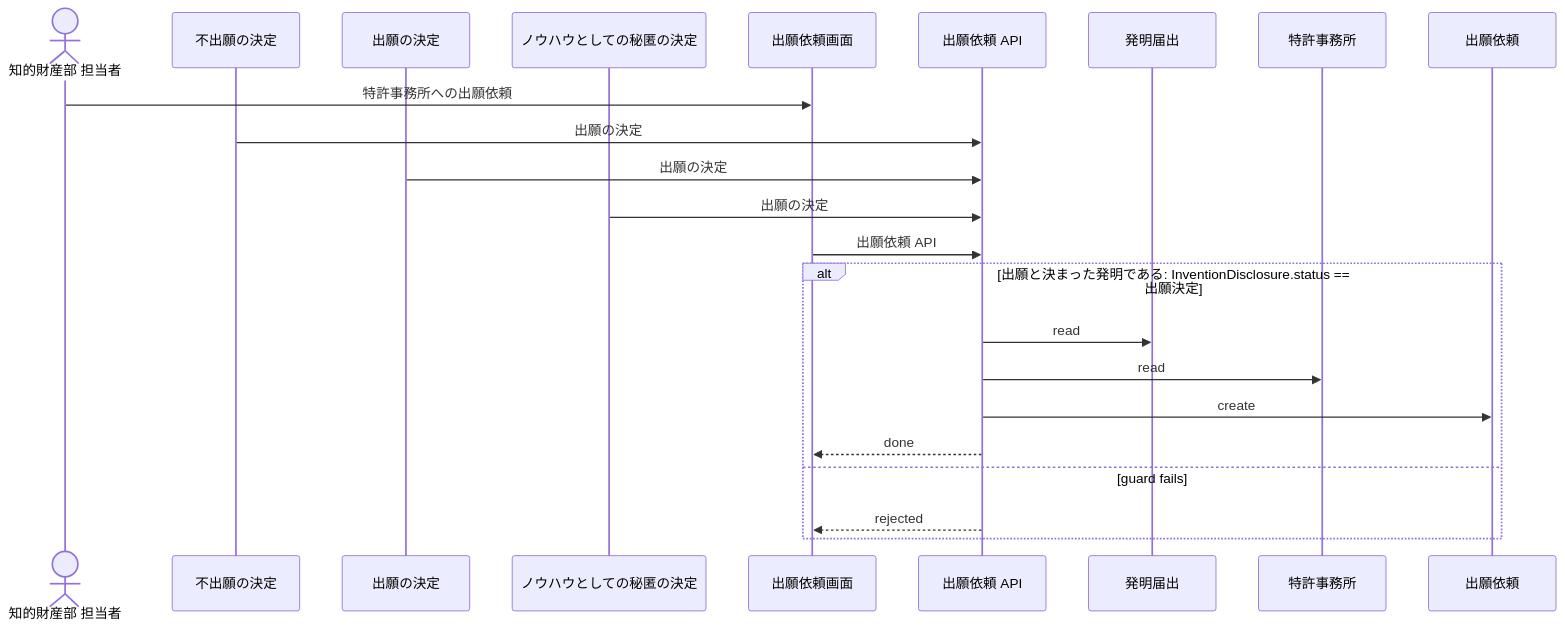
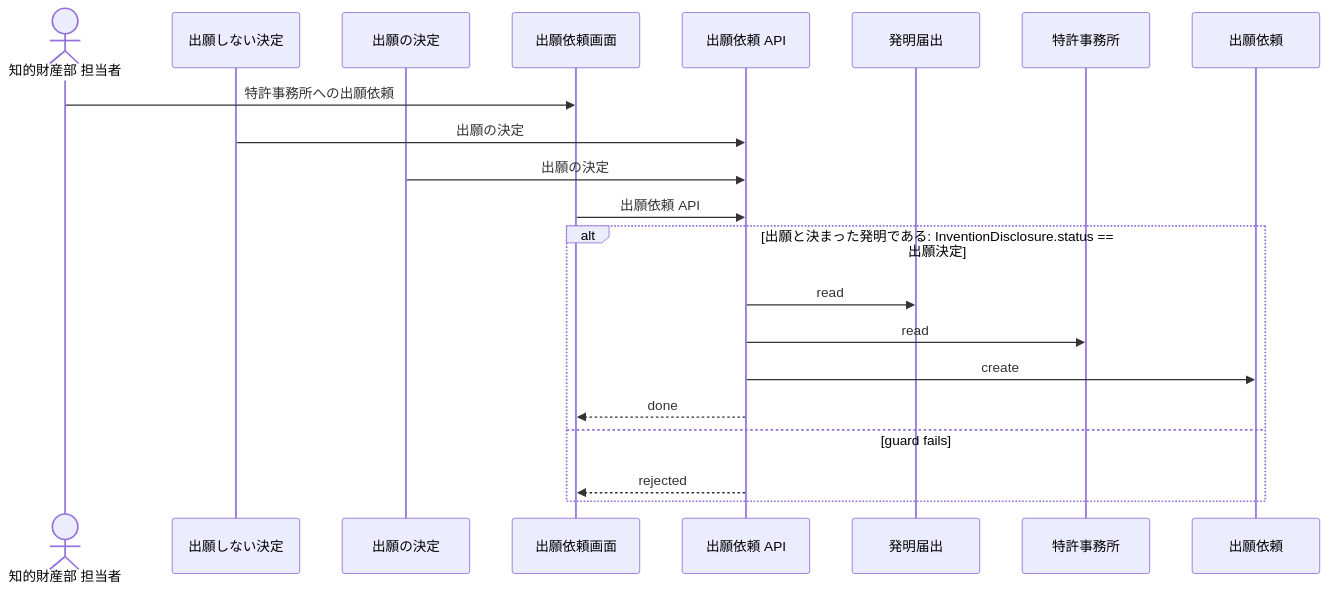
The diagram in samples/patent-ops/out/uc/sequence_RequestDrafting.mmd (manji-0/rdra-ish-dsl), drawn with Mermaid before and after one commit. The commit also changed 17 other files, not shown here.

```diff
--- a/samples/patent-ops/out/uc/sequence_RequestDrafting.mmd
+++ b/samples/patent-ops/out/uc/sequence_RequestDrafting.mmd
@@ -1,26 +1,24 @@
 %% rdra-ish diagram=sequence scope=usecase:RequestDrafting model=samples/patent-ops
 %% kinds: actor usecase screen api entity
 %% omitted: buc step medium permission event condition
 sequenceDiagram
   actor actor__IpStaff as 知的財産部 担当者
-  participant usecase__DecideNotToFile as 不出願の決定
+  participant usecase__DecideNotToFile as 出願しない決定
   participant usecase__DecideToFile as 出願の決定
-  participant usecase__DecideToKeepSecret as ノウハウとしての秘匿の決定
   participant screen__DraftingOrderScreen as 出願依頼画面
   participant api__DraftingOrderApi as 出願依頼 API
   participant entity__InventionDisclosure as 発明届出
   participant entity__PatentFirm as 特許事務所
   participant entity__DraftingOrder as 出願依頼
   actor__IpStaff ->> screen__DraftingOrderScreen: 特許事務所への出願依頼
   usecase__DecideNotToFile ->> api__DraftingOrderApi: 出願の決定
   usecase__DecideToFile ->> api__DraftingOrderApi: 出願の決定
-  usecase__DecideToKeepSecret ->> api__DraftingOrderApi: 出願の決定
   screen__DraftingOrderScreen ->> api__DraftingOrderApi: 出願依頼 API
   alt 出願と決まった発明である: InventionDisclosure.status == 出願決定
     api__DraftingOrderApi ->> entity__InventionDisclosure: read
     api__DraftingOrderApi ->> entity__PatentFirm: read
     api__DraftingOrderApi ->> entity__DraftingOrder: create
     api__DraftingOrderApi -->> screen__DraftingOrderScreen: done
   else guard fails
     api__DraftingOrderApi -->> screen__DraftingOrderScreen: rejected
   end
```
